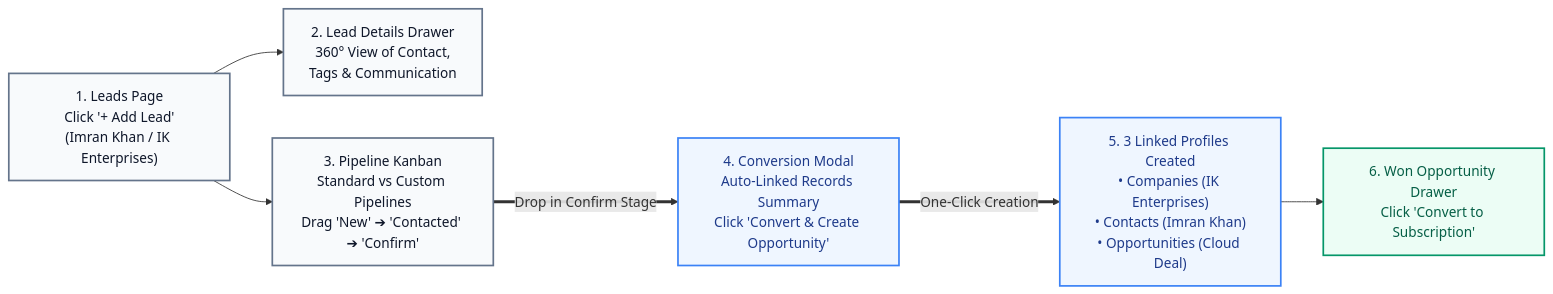
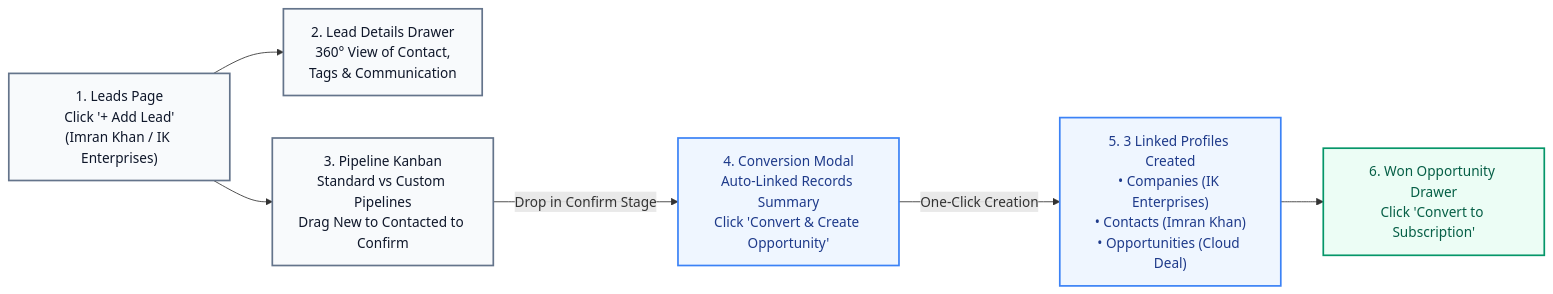
The second of 3 diagrams in README.md (zaid-mian/CRM-Frontend), drawn with Mermaid before and after one commit. The commit also changed other lines of this file, not shown here.

Commit message:
fix(docs): ensure standard Mermaid arrow syntax (-->|label|) for GitHub rendering

````diff
--- a/README.md
+++ b/README.md
@@ -103,23 +103,23 @@
 ```mermaid
 flowchart LR
     L_PAGE["1. Leads Page<br/>Click '+ Add Lead'<br/>(Imran Khan / IK Enterprises)"]
     L_DRAWER["2. Lead Details Drawer<br/>360° View of Contact,<br/>Tags & Communication"]
-    P_BOARD["3. Pipeline Kanban<br/>Standard vs Custom Pipelines<br/>Drag 'New' ➔ 'Contacted' ➔ 'Confirm'"]
+    P_BOARD["3. Pipeline Kanban<br/>Standard vs Custom Pipelines<br/>Drag New to Contacted to Confirm"]
     C_MODAL["4. Conversion Modal<br/>Auto-Linked Records Summary<br/>Click 'Convert & Create Opportunity'"]
     TRIAD["5. 3 Linked Profiles Created<br/>• Companies (IK Enterprises)<br/>• Contacts (Imran Khan)<br/>• Opportunities (Cloud Deal)"]
     WON["6. Won Opportunity Drawer<br/>Click 'Convert to Subscription'"]
 
     L_PAGE --> L_DRAWER
     L_PAGE --> P_BOARD
-    P_BOARD ==>|Drop in Confirm Stage| C_MODAL
-    C_MODAL ==>|One-Click Creation| TRIAD
+    P_BOARD -->|Drop in Confirm Stage| C_MODAL
+    C_MODAL -->|One-Click Creation| TRIAD
     TRIAD --> WON
 
     classDef stepStyle fill:#f8fafc,stroke:#64748b,stroke-width:2px,color:#0f172a;
     classDef modalStyle fill:#eff6ff,stroke:#3b82f6,stroke-width:2px,color:#1e3a8a;
     classDef wonStyle fill:#ecfdf5,stroke:#059669,stroke-width:2px,color:#065f46;
 
     class L_PAGE,L_DRAWER,P_BOARD stepStyle;
     class C_MODAL,TRIAD modalStyle;
     class WON wonStyle;
 ```
````
